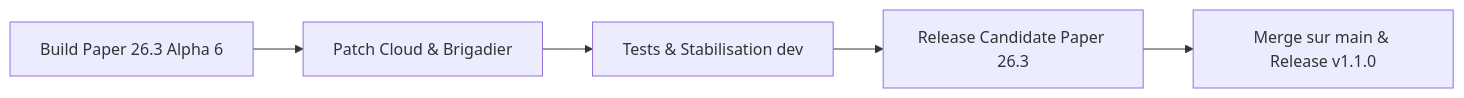
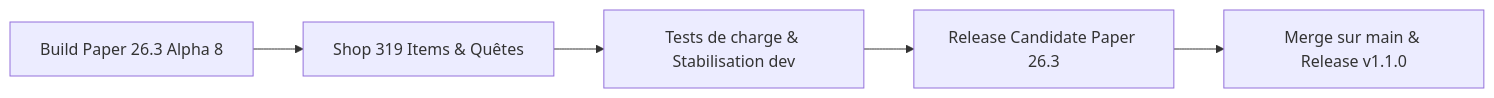
One commit to WilliamBossard/GensCore changed the diagram in docs/fr/guide/roadmap-26-3.md. Above: the diagram before and after it, drawn with Mermaid. The commit also changed other lines of this file and 8 other files, not shown here.

Commit message:
docs(roadmap): update Paper 26.3 roadmap for build 8, shop & quest fixes, clean IDE warnings

````diff
--- a/docs/fr/guide/roadmap-26-3.md
+++ b/docs/fr/guide/roadmap-26-3.md
@@ -67,7 +72,7 @@
 ```mermaid
 flowchart LR
-    A[Build Paper 26.3 Alpha 6] --> B[Patch Cloud & Brigadier]
-    B --> C[Tests & Stabilisation dev]
+    A[Build Paper 26.3 Alpha 8] --> B[Shop 319 Items & Quêtes]
+    B --> C[Tests de charge & Stabilisation dev]
     C --> D[Release Candidate Paper 26.3]
     D --> E[Merge sur main & Release v1.1.0]
 ```
````
